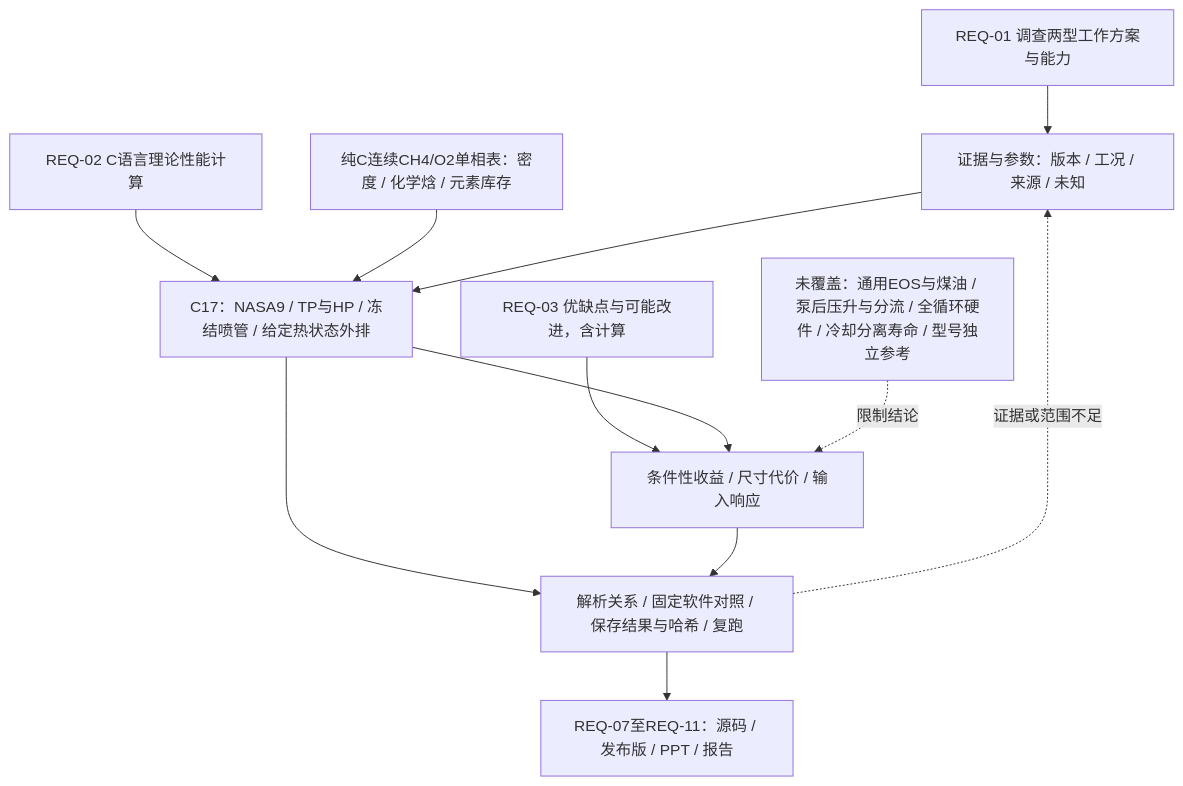
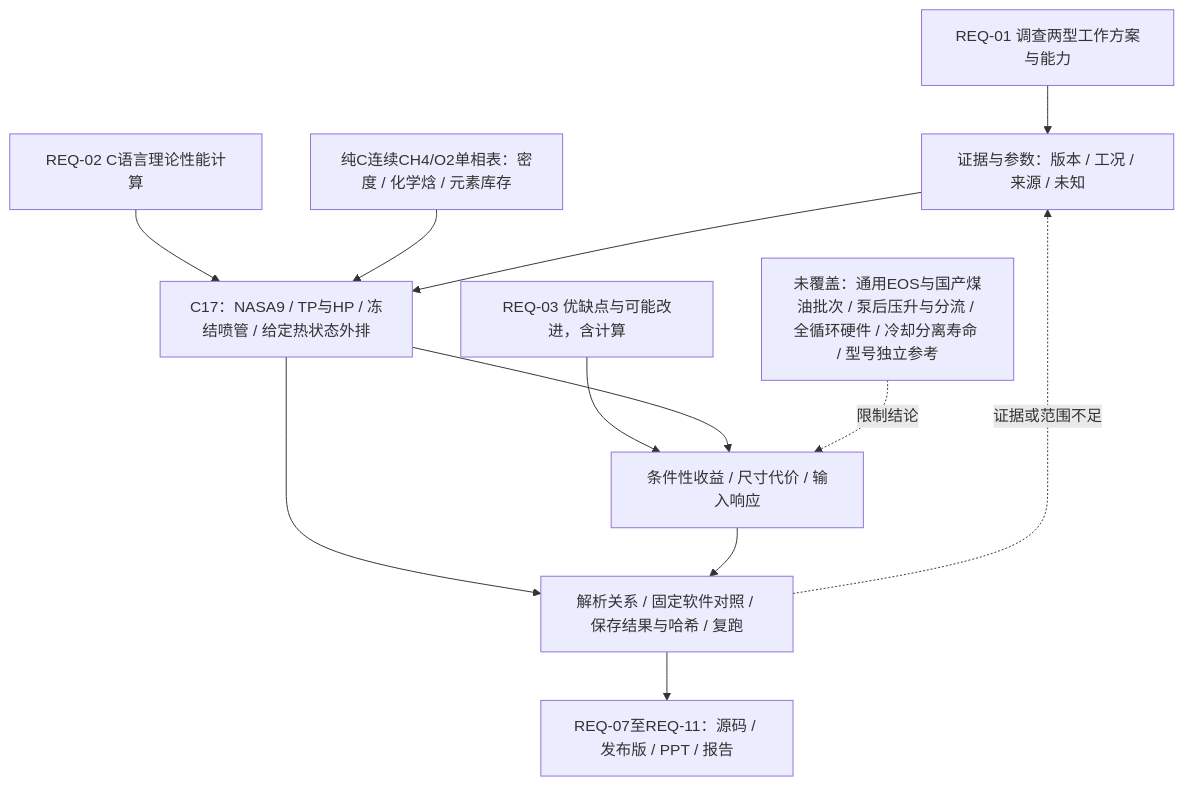
Before and after one commit to 2725238326/rocketperf-course-research: the diagram in docs/architecture/assignment.mmd, drawn with Mermaid. The commit also changed 205 other files, not shown here.

```diff
--- a/docs/architecture/assignment.mmd
+++ b/docs/architecture/assignment.mmd
@@ -1,11 +1,11 @@
 flowchart TD
   A[REQ-01 调查两型工作方案与能力] --> E[证据与参数：版本 / 工况 / 来源 / 未知]
   B[REQ-02 C语言理论性能计算] --> C[C17：NASA9 / TP与HP / 冻结喷管 / 给定热状态外排]
   L[纯C连续CH4/O2单相表：密度 / 化学焓 / 元素库存] --> C
   R[REQ-03 优缺点与可能改进，含计算] --> I[条件性收益 / 尺寸代价 / 输入响应]
   E --> C --> I
   C --> V[解析关系 / 固定软件对照 / 保存结果与哈希 / 复跑]
   I --> V
   V --> D[REQ-07至REQ-11：源码 / 发布版 / PPT / 报告]
   V -. 证据或范围不足 .-> E
-  U[未覆盖：通用EOS与煤油 / 泵后压升与分流 / 全循环硬件 / 冷却分离寿命 / 型号独立参考] -. 限制结论 .-> I
+  U[未覆盖：通用EOS与国产煤油批次 / 泵后压升与分流 / 全循环硬件 / 冷却分离寿命 / 型号独立参考] -. 限制结论 .-> I
```
